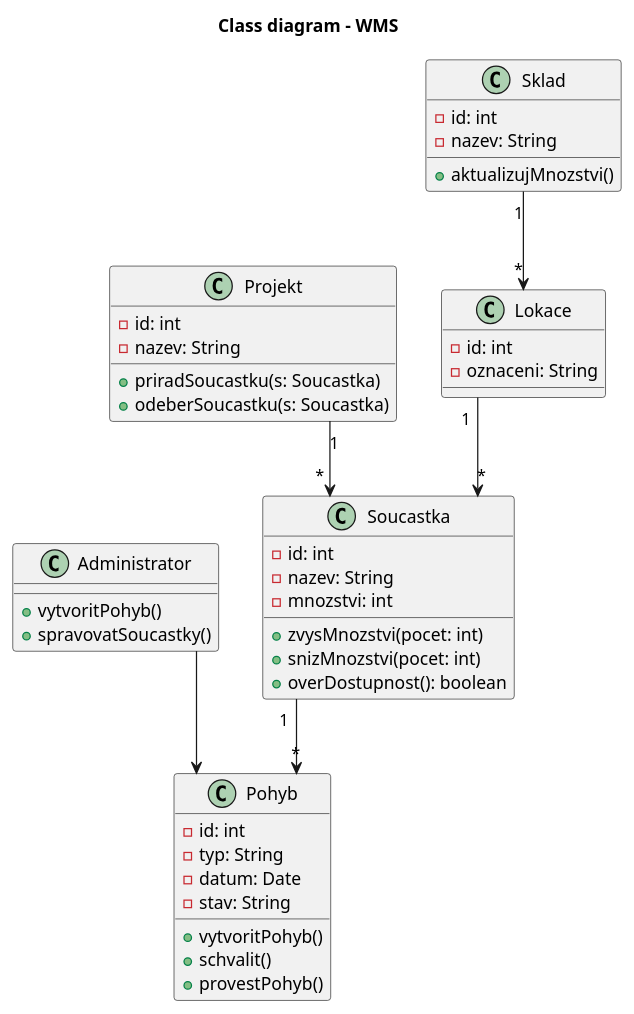
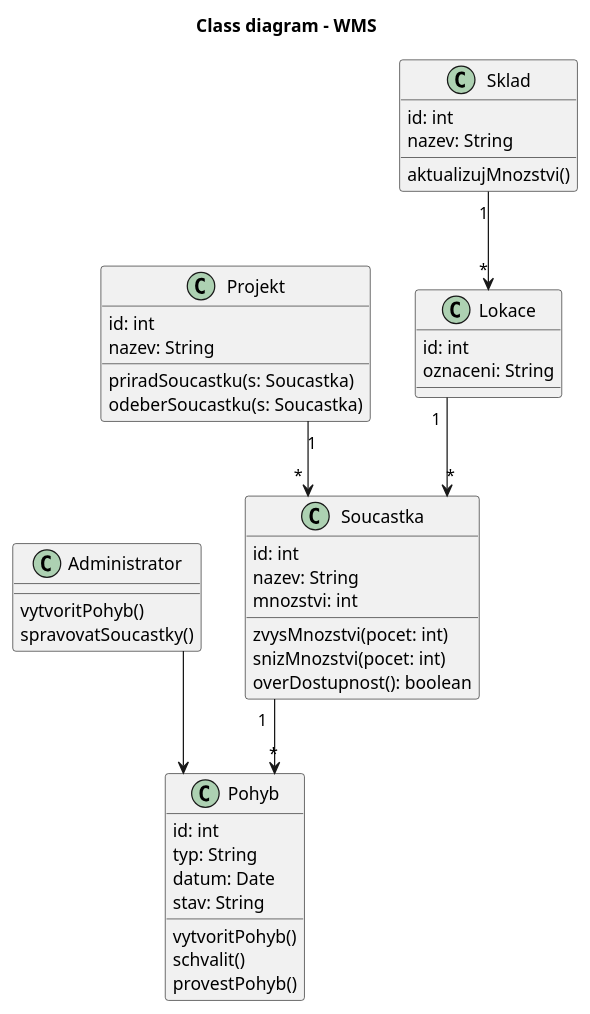
The diagram in diagrams/02_class_diagram.puml (lkvapil/wms-elektronicke-soucastky), drawn with PlantUML before and after one commit. The commit also changed 3 other files, not shown here.

Commit message:
fix: odebrany modifikatory viditelnosti z class diagramu

```diff
--- a/diagrams/02_class_diagram.puml
+++ b/diagrams/02_class_diagram.puml
@@ -1,58 +1,59 @@
 @startuml
 title Class diagram - WMS
 top to bottom direction
 skinparam linetype ortho
+skinparam classAttributeIconSize 0
 
 class Administrator {
-  +vytvoritPohyb()
-  +spravovatSoucastky()
+  vytvoritPohyb()
+  spravovatSoucastky()
 }
 
 class Projekt {
-  -id: int
-  -nazev: String
+  id: int
+  nazev: String
 
-  +priradSoucastku(s: Soucastka)
-  +odeberSoucastku(s: Soucastka)
+  priradSoucastku(s: Soucastka)
+  odeberSoucastku(s: Soucastka)
 }
 
 class Soucastka {
-  -id: int
-  -nazev: String
-  -mnozstvi: int
+  id: int
+  nazev: String
+  mnozstvi: int
 
-  +zvysMnozstvi(pocet: int)
-  +snizMnozstvi(pocet: int)
-  +overDostupnost(): boolean
+  zvysMnozstvi(pocet: int)
+  snizMnozstvi(pocet: int)
+  overDostupnost(): boolean
 }
 
 class Pohyb {
-  -id: int
-  -typ: String
-  -datum: Date
-  -stav: String
+  id: int
+  typ: String
+  datum: Date
+  stav: String
 
-  +vytvoritPohyb()
-  +schvalit()
-  +provestPohyb()
+  vytvoritPohyb()
+  schvalit()
+  provestPohyb()
 }
 
 class Sklad {
-  -id: int
-  -nazev: String
+  id: int
+  nazev: String
 
-  +aktualizujMnozstvi()
+  aktualizujMnozstvi()
 }
 
 class Lokace {
-  -id: int
-  -oznaceni: String
+  id: int
+  oznaceni: String
 }
 
 Administrator --> Pohyb
 Projekt "1" --> "*" Soucastka
 Soucastka "1" --> "*" Pohyb
 Sklad "1" --> "*" Lokace
 Lokace "1" --> "*" Soucastka
 
 @enduml
```
